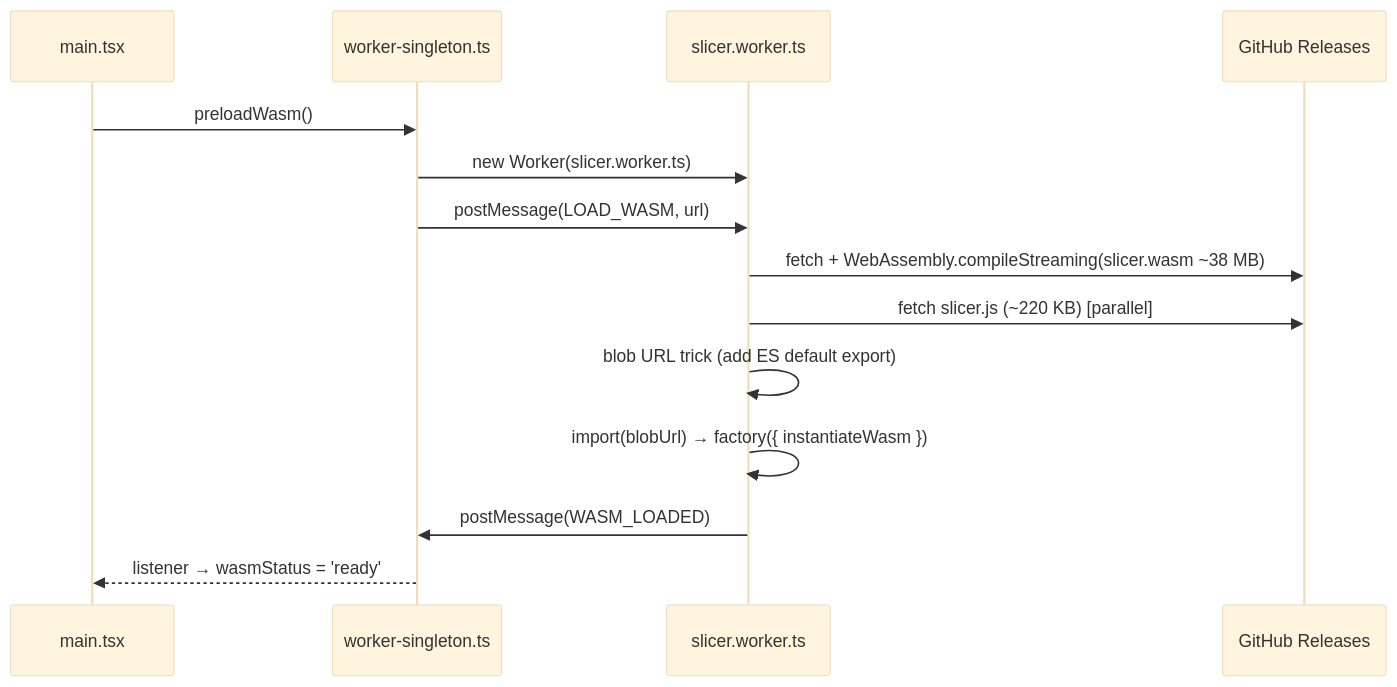
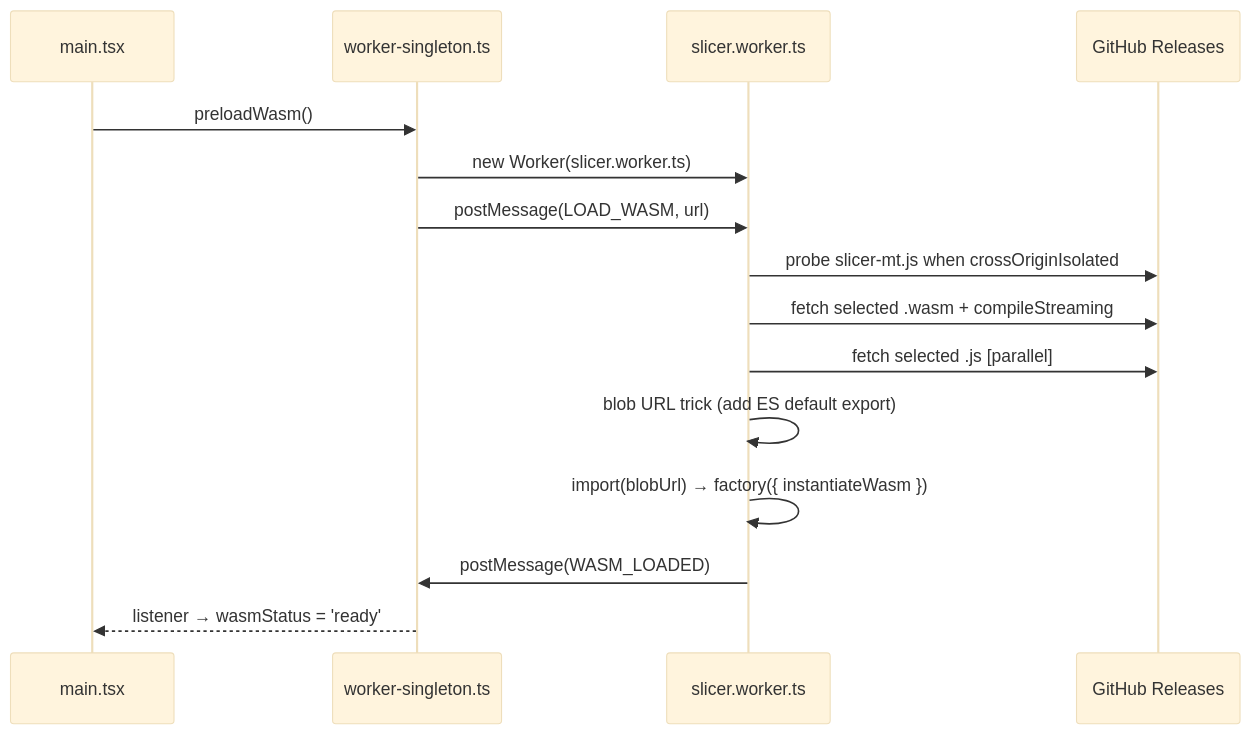
The diagram in mkdocs-docs/architecture.md (Hiosdra/OrcaWeb), drawn with Mermaid (base theme) before and after one commit. The commit also changed other lines of this file and 7 other files, not shown here.

````diff
--- a/mkdocs-docs/architecture.md
+++ b/mkdocs-docs/architecture.md
@@ -59,17 +61,18 @@
 ```mermaid
 sequenceDiagram
     participant M as main.tsx
     participant S as worker-singleton.ts
     participant W as slicer.worker.ts
     participant R as GitHub Releases
 
     M->>S: preloadWasm()
     S->>W: new Worker(slicer.worker.ts)
     S->>W: postMessage(LOAD_WASM, url)
-    W->>R: fetch + WebAssembly.compileStreaming(slicer.wasm ~38 MB)
-    W->>R: fetch slicer.js (~220 KB) [parallel]
+    W->>R: probe slicer-mt.js when crossOriginIsolated
+    W->>R: fetch selected .wasm + compileStreaming
+    W->>R: fetch selected .js [parallel]
     W->>W: blob URL trick (add ES default export)
     W->>W: import(blobUrl) → factory({ instantiateWasm })
     W->>S: postMessage(WASM_LOADED)
     S-->>M: listener → wasmStatus = 'ready'
 ```
````
